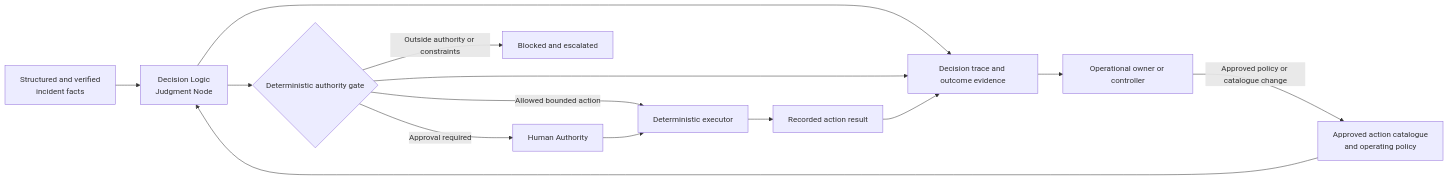
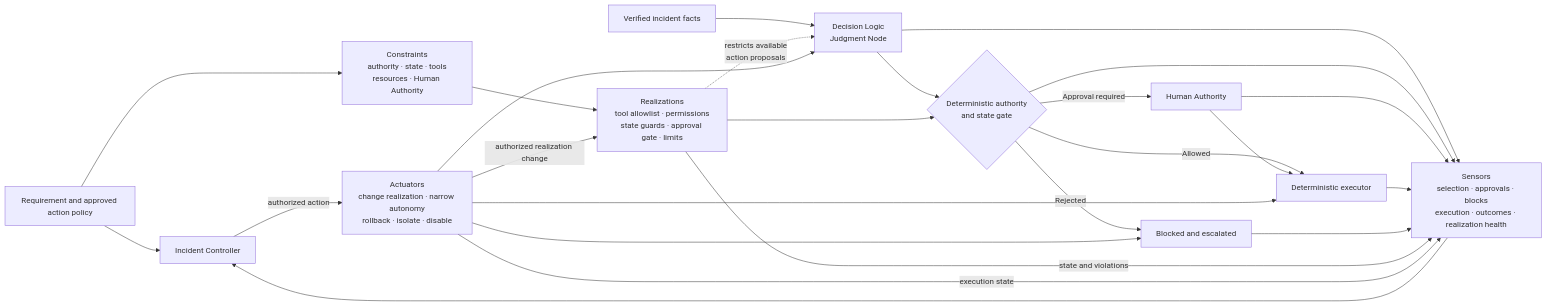
One commit to UncertaintyArchitectureGroup/uncertainty-architecture changed the second of 4 diagrams in 03-reference-architectures/judgment-placement-examples.md. Above: the diagram before and after it, drawn with Mermaid. The commit also changed other lines of this file and 31 other files, not shown here.

First line of the commit message:
Define Constraints and Constraint Realization as first-class control concepts (#32)

````diff
--- a/03-reference-architectures/judgment-placement-examples.md
+++ b/03-reference-architectures/judgment-placement-examples.md
@@ -113,25 +131,37 @@
 ```mermaid
 flowchart LR
-    IN[Structured and verified<br/>incident facts]
-    CAT[Approved action catalogue<br/>and operating policy]
+    R[Requirement and approved action policy]
+    K[Constraints<br/>authority · state · tools<br/>resources · Human Authority]
+    KR[Realizations<br/>tool allowlist · permissions<br/>state guards · approval gate · limits]
+    I[Verified incident facts]
     J[Decision Logic<br/>Judgment Node]
-    G{Deterministic authority gate}
+    G{Deterministic authority<br/>and state gate}
     H[Human Authority]
     X[Deterministic executor]
     B[Blocked and escalated]
-    R[Recorded action result]
-    E[Decision trace and outcome evidence]
-    O[Operational owner or controller]
+    S[Sensors<br/>selection · approvals · blocks<br/>execution · outcomes · realization health]
+    C[Incident Controller]
+    A[Actuators<br/>change realization · narrow autonomy<br/>rollback · isolate · disable]
 
-    IN --> J
-    CAT --> J
-    J --> G
-    G -->|Allowed bounded action| X --> R
+    R --> C
+    R --> K --> KR
+    I --> J --> G
+    KR -. restricts available<br/>action proposals .-> J
+    KR --> G
+    G -->|Allowed| X
     G -->|Approval required| H --> X
-    G -->|Outside authority or constraints| B
-    J --> E
-    G --> E
-    R --> E
-    E --> O
-    O -->|Approved policy or catalogue change| CAT
+    G -->|Rejected| B
+    J --> S
+    G --> S
+    H --> S
+    X --> S
+    B --> S
+    KR -->|state and violations| S
+    A -->|execution state| S
+    S --> C
+    C -->|authorized action| A
+    A --> J
+    A --> X
+    A --> B
+    A -->|authorized realization change| KR
 ```
````
